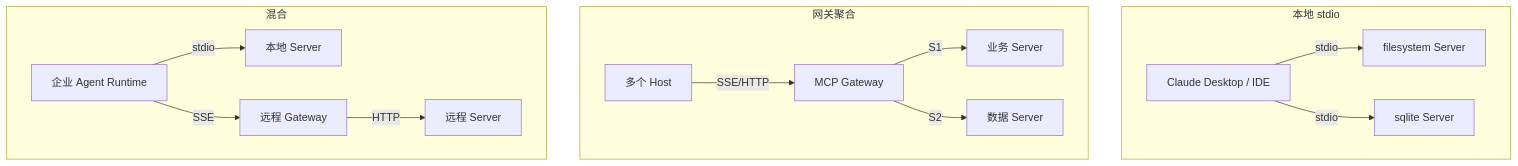
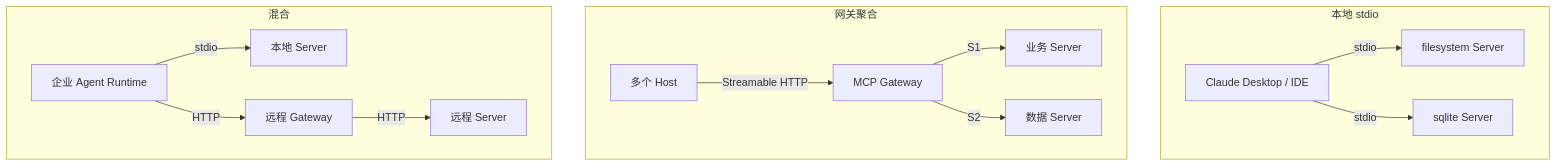
The first of 3 diagrams in docs/05-agent/mcp/08-production-practice.md (cypggs/AI_Infra_Handbook), drawn with Mermaid before and after one commit. The commit also changed other lines of this file and 11 other files, not shown here.

````diff
--- a/docs/05-agent/mcp/08-production-practice.md
+++ b/docs/05-agent/mcp/08-production-practice.md
@@ -9,19 +9,19 @@
 ```mermaid
 flowchart TB
     subgraph Local["本地 stdio"]
         H1[Claude Desktop / IDE] -->|stdio| S1[filesystem Server]
         H1 -->|stdio| S2[sqlite Server]
     end
 
     subgraph Gateway["网关聚合"]
-        H2[多个 Host] -->|SSE/HTTP| GW[MCP Gateway]
+        H2[多个 Host] -->|Streamable HTTP| GW[MCP Gateway]
         GW -->|S1| S3[业务 Server]
         GW -->|S2| S4[数据 Server]
     end
 
     subgraph Hybrid["混合"]
         H3[企业 Agent Runtime] -->|stdio| L1[本地 Server]
-        H3 -->|SSE| GW2[远程 Gateway]
+        H3 -->|HTTP| GW2[远程 Gateway]
         GW2 -->|HTTP| R1[远程 Server]
     end
 ```
````
